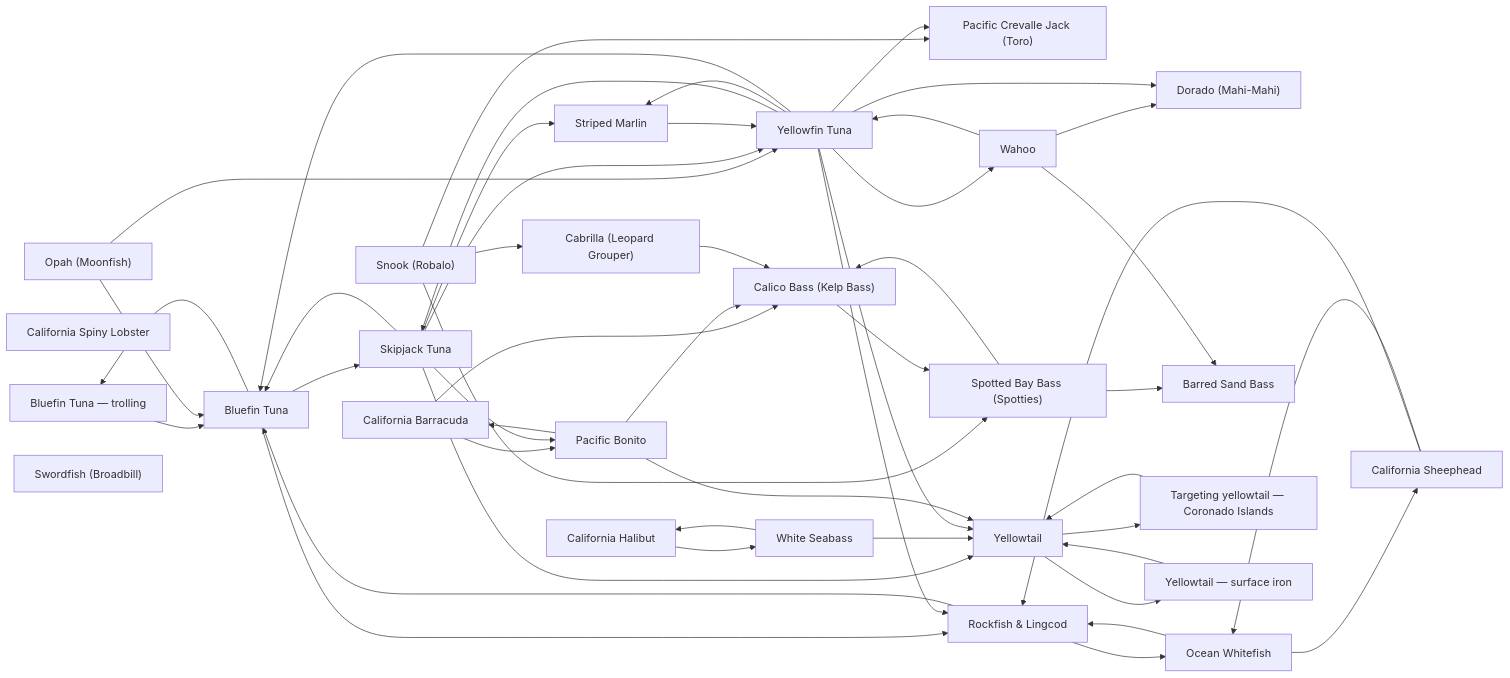
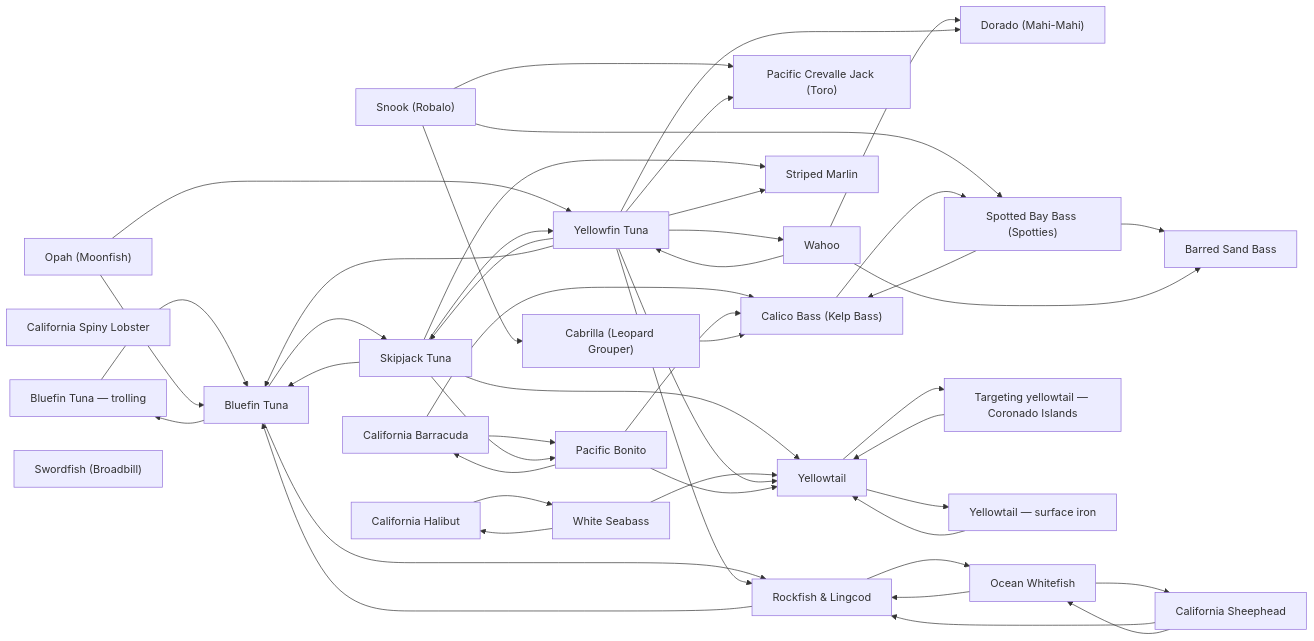
Before and after one commit to camchuckpete-max/Socal-Fishing-Knowledge: the diagram in species/README.md, drawn with Mermaid. The commit also changed other lines of this file and 31 other files, not shown here.

````diff
--- a/species/README.md
+++ b/species/README.md
@@ -42,77 +42,76 @@
 ```mermaid
 graph LR
   n0["California Barracuda"]
   n1["Bluefin Tuna — trolling"]
   n2["Bluefin Tuna"]
   n3["Pacific Bonito"]
   n4["Cabrilla (Leopard Grouper)"]
   n5["Calico Bass (Kelp Bass)"]
   n6["California Halibut"]
   n7["California Spiny Lobster"]
   n8["Dorado (Mahi-Mahi)"]
   n9["Ocean Whitefish"]
   n10["Opah (Moonfish)"]
   n11["Pacific Crevalle Jack (Toro)"]
   n12["Rockfish & Lingcod"]
   n13["Barred Sand Bass"]
   n14["California Sheephead"]
   n15["Skipjack Tuna"]
   n16["Snook (Robalo)"]
   n17["Spotted Bay Bass (Spotties)"]
   n18["Striped Marlin"]
   n19["Swordfish (Broadbill)"]
   n20["Wahoo"]
   n21["White Seabass"]
   n22["Yellowfin Tuna"]
   n23["Targeting yellowtail — Coronado Islands"]
   n24["Yellowtail — surface iron"]
   n25["Yellowtail"]
   n0 --> n3
   n0 --> n5
   n1 --> n2
   n10 --> n2
   n10 --> n22
   n12 --> n2
   n12 --> n9
   n14 --> n12
   n14 --> n9
   n15 --> n18
   n15 --> n2
   n15 --> n22
   n15 --> n25
   n15 --> n3
   n16 --> n11
   n16 --> n17
   n16 --> n4
   n17 --> n13
   n17 --> n5
-  n18 --> n22
   n2 --> n1
   n2 --> n12
   n2 --> n15
   n20 --> n13
   n20 --> n22
   n20 --> n8
   n21 --> n25
   n21 --> n6
   n22 --> n11
   n22 --> n12
   n22 --> n15
   n22 --> n18
   n22 --> n2
   n22 --> n20
   n22 --> n25
   n22 --> n8
   n23 --> n25
   n24 --> n25
   n25 --> n23
   n25 --> n24
   n3 --> n0
   n3 --> n25
   n3 --> n5
   n4 --> n5
   n5 --> n17
   n6 --> n21
   n9 --> n12
   n9 --> n14
 ```
````
